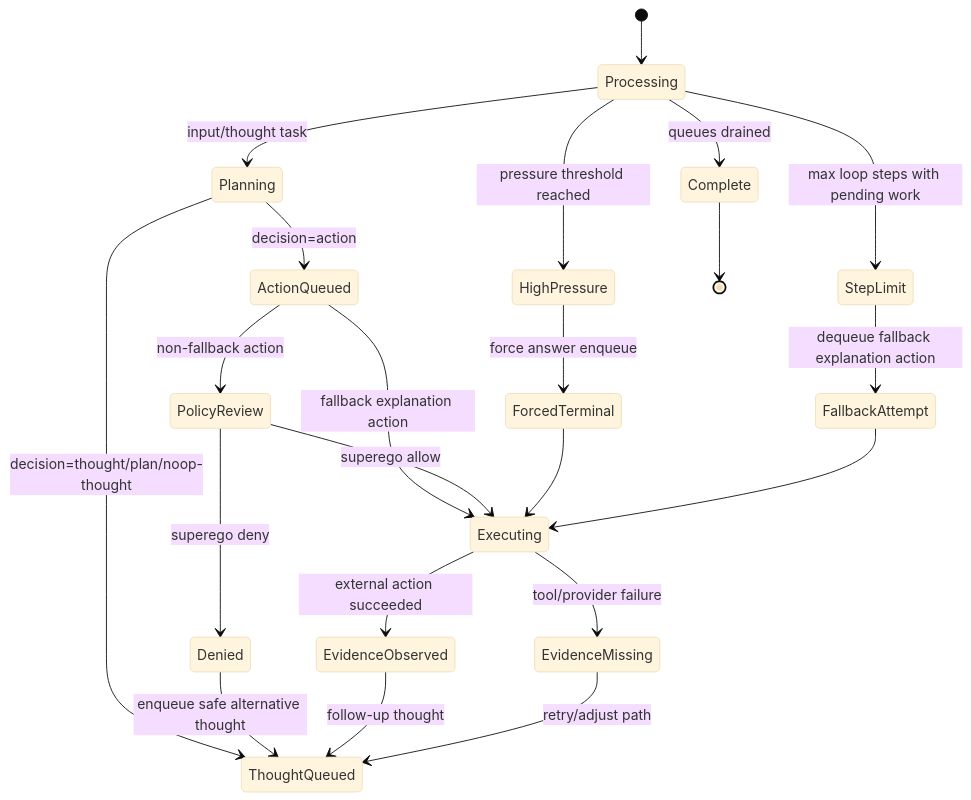
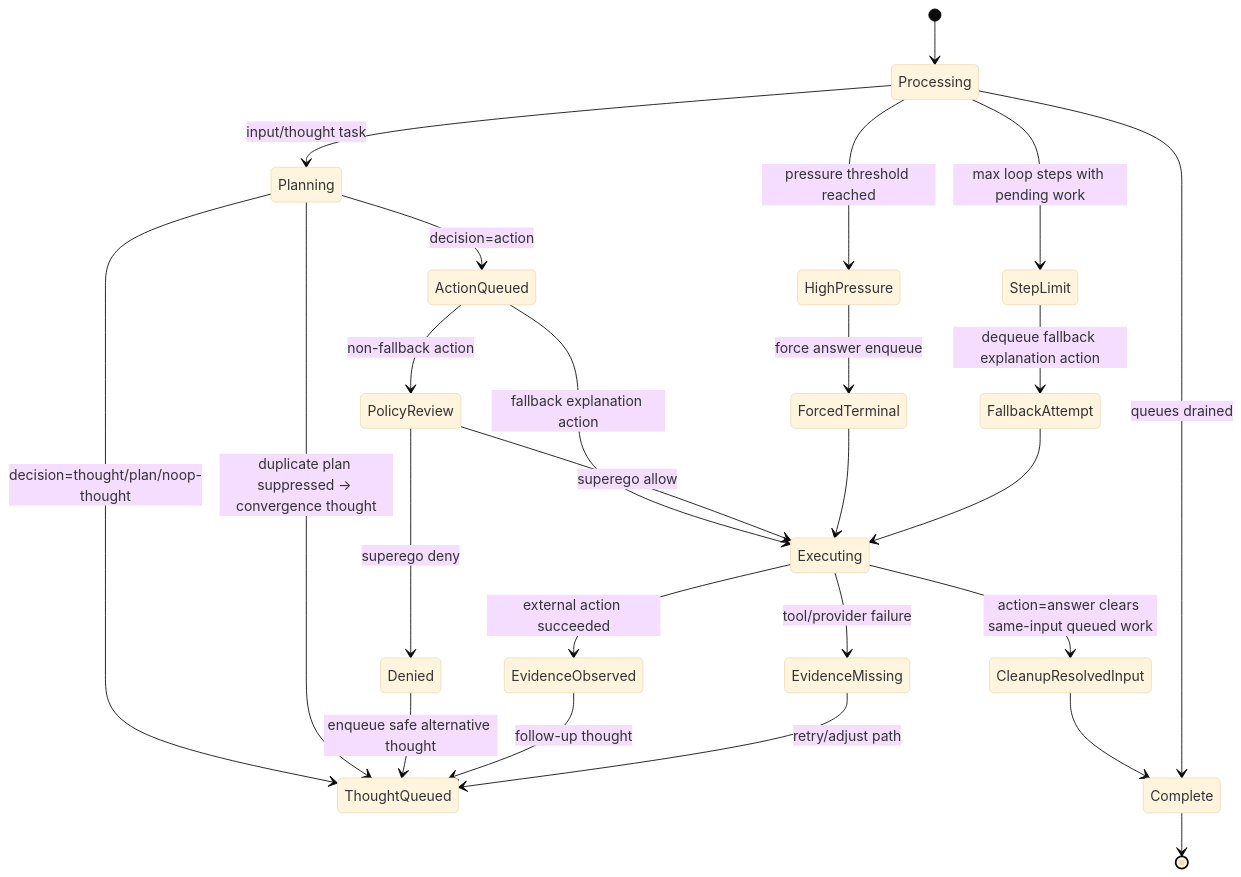
One commit to neopsyke/NeoPsyke changed the third of 3 diagrams in AGENT_LOGIC_DIAGRAM.md. Above: the diagram before and after it, drawn with Mermaid (base theme). The commit also changed other lines of this file and 11 other files, not shown here.

````diff
--- a/AGENT_LOGIC_DIAGRAM.md
+++ b/AGENT_LOGIC_DIAGRAM.md
@@ -87,31 +91,34 @@
 ```mermaid
 stateDiagram-v2
     [*] --> Processing
 
     Processing --> Planning: input/thought task
     Planning --> ActionQueued: decision=action
     Planning --> ThoughtQueued: decision=thought/plan/noop-thought
+    Planning --> ThoughtQueued: duplicate plan suppressed -> convergence thought
 
     ActionQueued --> PolicyReview: non-fallback action
     ActionQueued --> Executing: fallback explanation action
 
     PolicyReview --> Denied: superego deny
     Denied --> ThoughtQueued: enqueue safe alternative thought
 
     PolicyReview --> Executing: superego allow
     Executing --> EvidenceObserved: external action succeeded
     Executing --> EvidenceMissing: tool/provider failure
     EvidenceObserved --> ThoughtQueued: follow-up thought
     EvidenceMissing --> ThoughtQueued: retry/adjust path
 
     Processing --> HighPressure: pressure threshold reached
     HighPressure --> ForcedTerminal: force answer enqueue
     ForcedTerminal --> Executing
 
     Processing --> StepLimit: max loop steps with pending work
     StepLimit --> FallbackAttempt: dequeue fallback explanation action
     FallbackAttempt --> Executing
 
+    Executing --> CleanupResolvedInput: action=answer clears same-input queued work
+    CleanupResolvedInput --> Complete
     Processing --> Complete: queues drained
     Complete --> [*]
 ```
````
